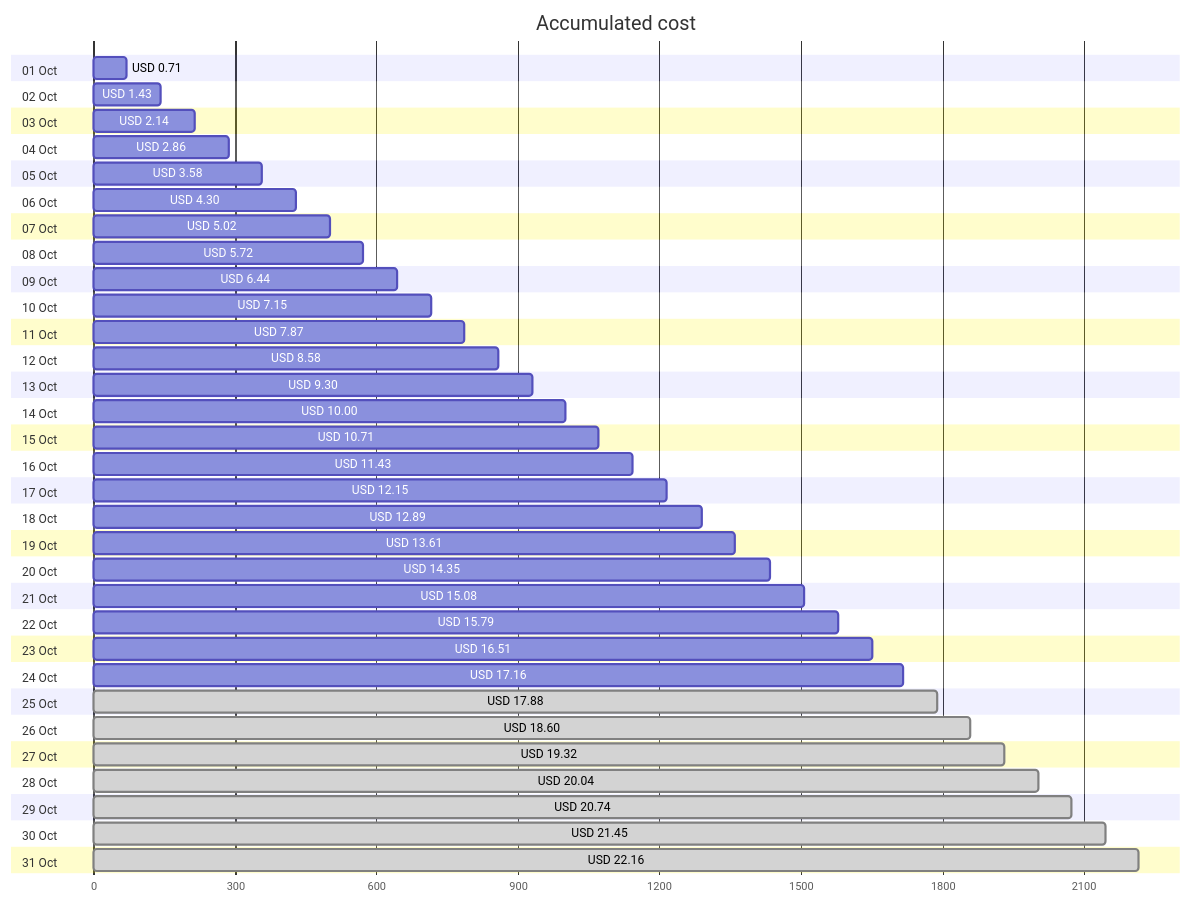
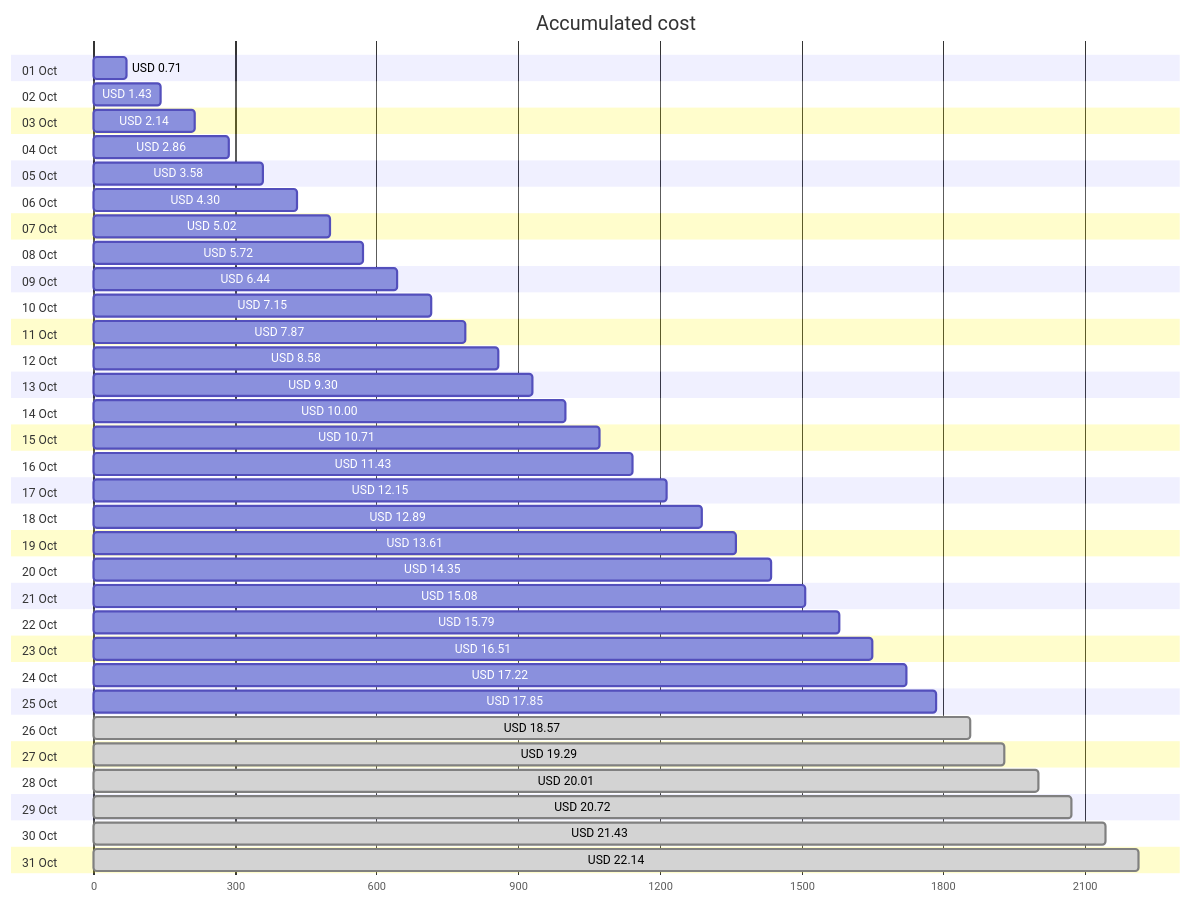
Before and after one commit to jpfulton/azure-personal-reports: the first of 4 diagrams in cost-reports/personal-network/backup-server-data-disk.md, drawn with Mermaid. The commit also changed other lines of this file and 7 other files, not shown here.

````diff
--- a/cost-reports/personal-network/backup-server-data-disk.md
+++ b/cost-reports/personal-network/backup-server-data-disk.md
@@ -20,68 +20,68 @@
 ```mermaid
 gantt
    title Accumulated cost
    dateFormat  X
    axisFormat %s
    section 01 Oct
    USD 0.71 :0, 71
    section 02 Oct
    USD 1.43 :0, 143
    section 03 Oct
    USD 2.14 :0, 214
    section 04 Oct
    USD 2.86 :0, 286
    section 05 Oct
    USD 3.58 :0, 358
    section 06 Oct
    USD 4.30 :0, 430
    section 07 Oct
    USD 5.02 :0, 502
    section 08 Oct
    USD 5.72 :0, 572
    section 09 Oct
    USD 6.44 :0, 644
    section 10 Oct
    USD 7.15 :0, 715
    section 11 Oct
    USD 7.87 :0, 787
    section 12 Oct
    USD 8.58 :0, 858
    section 13 Oct
    USD 9.30 :0, 930
    section 14 Oct
    USD 10.00 :0, 1000
    section 15 Oct
    USD 10.71 :0, 1071
    section 16 Oct
    USD 11.43 :0, 1143
    section 17 Oct
    USD 12.15 :0, 1215
    section 18 Oct
    USD 12.89 :0, 1289
    section 19 Oct
    USD 13.61 :0, 1361
    section 20 Oct
    USD 14.35 :0, 1435
    section 21 Oct
    USD 15.08 :0, 1508
    section 22 Oct
    USD 15.79 :0, 1579
    section 23 Oct
    USD 16.51 :0, 1651
    section 24 Oct
-   USD 17.16 :0, 1716
+   USD 17.22 :0, 1722
    section 25 Oct
-   USD 17.88 : done, 0, 1788
+   USD 17.85 :0, 1785
    section 26 Oct
-   USD 18.60 : done, 0, 1860
+   USD 18.57 : done, 0, 1857
    section 27 Oct
-   USD 19.32 : done, 0, 1932
+   USD 19.29 : done, 0, 1929
    section 28 Oct
-   USD 20.04 : done, 0, 2004
+   USD 20.01 : done, 0, 2001
    section 29 Oct
-   USD 20.74 : done, 0, 2074
+   USD 20.72 : done, 0, 2072
    section 30 Oct
-   USD 21.45 : done, 0, 2145
+   USD 21.43 : done, 0, 2143
    section 31 Oct
-   USD 22.16 : done, 0, 2216
+   USD 22.14 : done, 0, 2214
 ```
````
